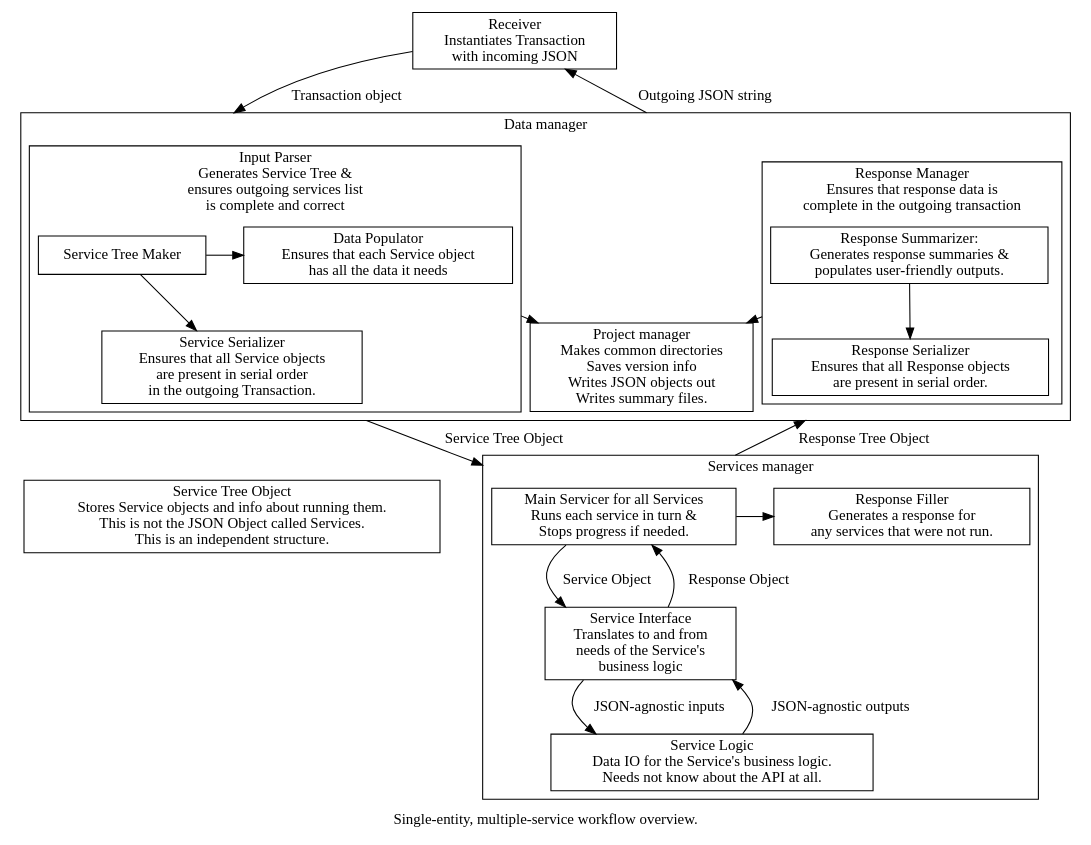
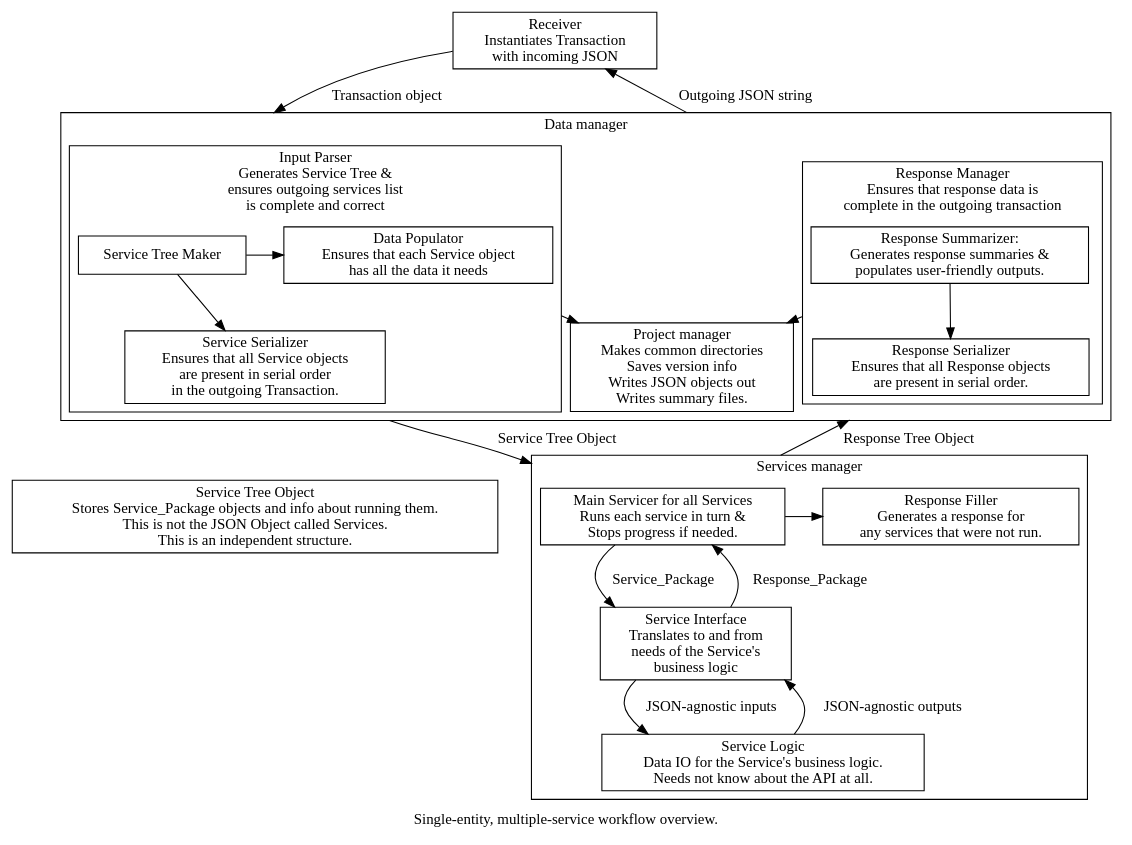
One commit to GLYCAM-Web/gems changed the diagram in docs/gemsModules/Images/Workflow/data-manager-and-servicer.dot. Above: the diagram before and after it, drawn with Graphviz. The commit also changed 4 other files, not shown here.

Commit message:
Added Service_Package and Response_Package to the design

```diff
--- a/docs/gemsModules/Images/Workflow/data-manager-and-servicer.dot
+++ b/docs/gemsModules/Images/Workflow/data-manager-and-servicer.dot
@@ -1,54 +1,54 @@
 digraph {
     node [shape=box];
     compound=True;
 
     label="Single-entity, multiple-service workflow overview.";
 
     Receiver [label="Receiver\nInstantiates Transaction\nwith incoming JSON"];
    
     subgraph cluster_data_manager {
         label="Data manager";
         subgraph cluster_input_parser {
             label="Input Parser\nGenerates Service Tree &\nensures outgoing services list\nis complete and correct";
             Service_Tree_Maker [label="Service Tree Maker\n"];
             Data_Populator [label="Data Populator\nEnsures that each Service object\nhas all the data it needs"];
             Service_Serializer [label="Service Serializer\nEnsures that all Service objects\nare present in serial order\nin the outgoing Transaction."];
             { rank=same; Service_Tree_Maker -> Data_Populator; }  
             Service_Tree_Maker -> Service_Serializer ;
         }
 	Project_Manager [label="Project manager\nMakes common directories\nSaves version info\nWrites JSON objects out\nWrites summary files."];
         Data_Populator -> Project_Manager [ltail=cluster_input_parser ];
         subgraph cluster_response_manager {
             label="Response Manager\nEnsures that response data is\ncomplete in the outgoing transaction";
             Response_Summarizer [label="Response Summarizer:\nGenerates response summaries &\npopulates user-friendly outputs."];
             Response_Serializer [label="Response Serializer\nEnsures that all Response objects\nare present in serial order."];
 
             Response_Summarizer -> Response_Serializer ;
         }
         Response_Summarizer -> Project_Manager [ltail=cluster_response_manager];
     }
-    Service_Tree [label="Service Tree Object\nStores Service objects and info about running them.\nThis is not the JSON Object called Services.\nThis is an independent structure."];
+    Service_Tree [label="Service Tree Object\nStores Service_Package objects and info about running them.\nThis is not the JSON Object called Services.\nThis is an independent structure."];
     Service_Serializer -> Service_Tree [style=invis];
 
     subgraph cluster_service_manager {
         label="Services manager";
         Main_Servicer [label="Main Servicer for all Services\nRuns each service in turn &\nStops progress if needed."];
         Service_Interface [label="Service Interface\nTranslates to and from\nneeds of the Service's\n business logic"];
         Service_Logic [label="Service Logic\nData IO for the Service's business logic.\nNeeds not know about the API at all."];
         Response_Filler [label="Response Filler\nGenerates a response for\nany services that were not run."];
 
-        Main_Servicer -> Service_Interface [label="Service Object  "];
-        Main_Servicer -> Service_Interface [label="Response Object  " dir="back"];
+        Main_Servicer -> Service_Interface [label="Service_Package  "];
+        Main_Servicer -> Service_Interface [label="Response_Package  " dir="back"];
         { rank=same; Main_Servicer -> Response_Filler ;}
 
         Service_Interface -> Service_Logic [label="JSON-agnostic inputs  "];
         Service_Interface -> Service_Logic [label="JSON-agnostic outputs  " dir="back"];
     }
     
     Receiver -> Service_Tree_Maker [label="Transaction object  " lhead=cluster_data_manager];
     Receiver -> Response_Summarizer [label="Outgoing JSON string  " dir="back" lhead=cluster_data_manager];
     
     Service_Serializer -> Main_Servicer [label="Service Tree Object  " lhead=cluster_service_manager ltail=cluster_data_manager];
     Response_Serializer -> Main_Servicer [label="Response Tree Object  " dir="back" lhead=cluster_service_manager ltail=cluster_data_manager];
 
 }
```
